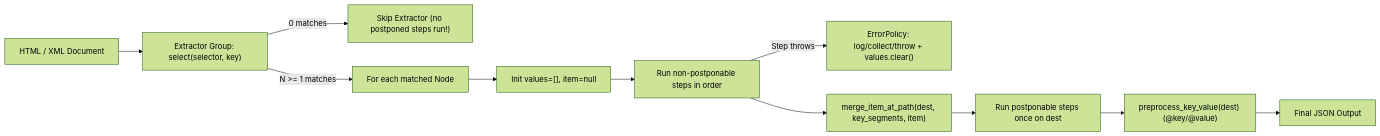
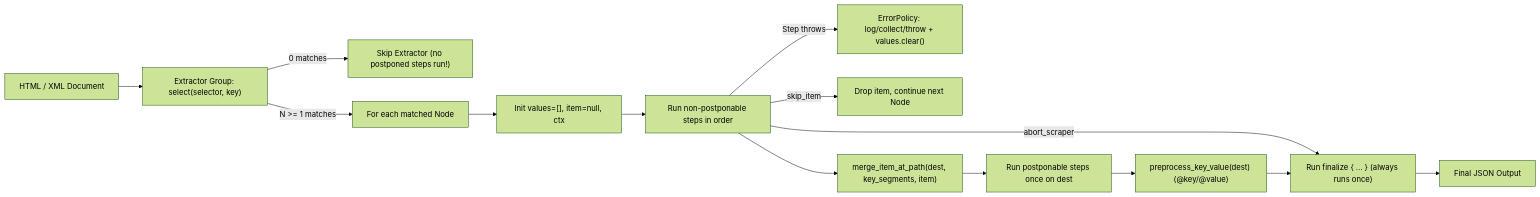
The diagram in docs/dsl-and-steps.md (MateusGPe/xsel2), drawn with Mermaid (forest theme) before and after one commit. The commit also changed other lines of this file and 10 other files, not shown here.

Commit message:
docs: update DSL/API guides, bind missing ScraperPy steps, and bump to v0.5.1

````diff
--- a/docs/dsl-and-steps.md
+++ b/docs/dsl-and-steps.md
@@ -219,13 +223,16 @@
 ```mermaid
 flowchart LR
   Doc["HTML / XML Document"] --> Ext["Extractor Group: select(selector, key)"]
   Ext -->|"0 matches"| Skip["Skip Extractor (no postponed steps run!)"]
   Ext -->|"N >= 1 matches"| Loop["For each matched Node"]
-  Loop --> State["Init values=[], item=null"]
+  Loop --> State["Init values=[], item=null, ctx"]
   State --> Steps["Run non-postponable steps in order"]
   Steps -->|"Step throws"| Err["ErrorPolicy: log/collect/throw + values.clear()"]
+  Steps -->|"skip_item"| NextNode["Drop item, continue next Node"]
+  Steps -->|"abort_scraper"| Fin["Run finalize { ... } (always runs once)"]
   Steps --> Merge["merge_item_at_path(dest, key_segments, item)"]
   Merge --> Post["Run postponable steps once on dest"]
   Post --> KV["preprocess_key_value(dest) (@key/@value)"]
-  KV --> Out["Final JSON Output"]
+  KV --> Fin
+  Fin --> Out["Final JSON Output"]
 ```
````
